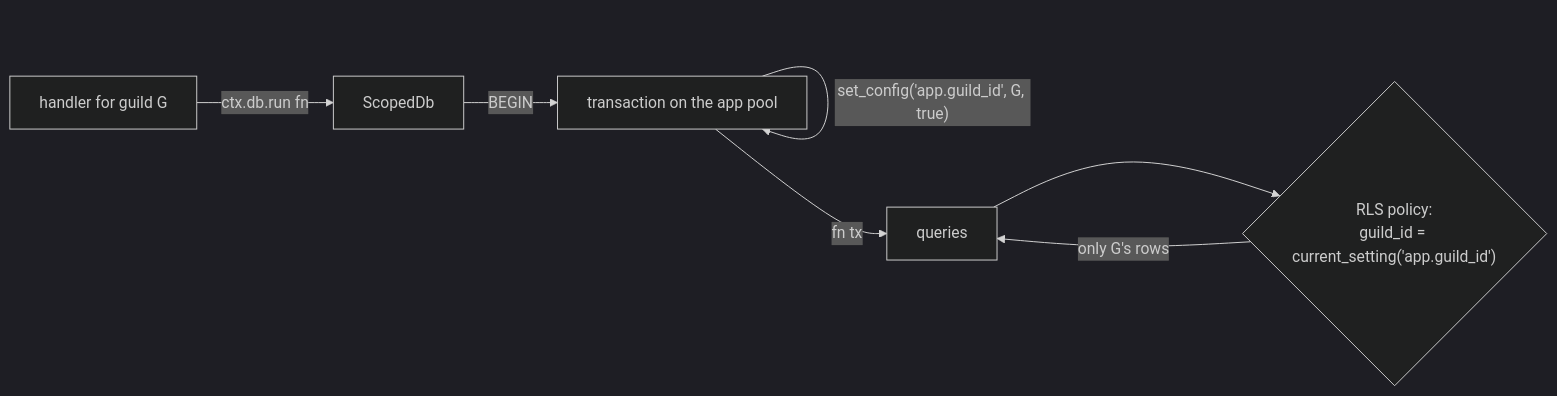
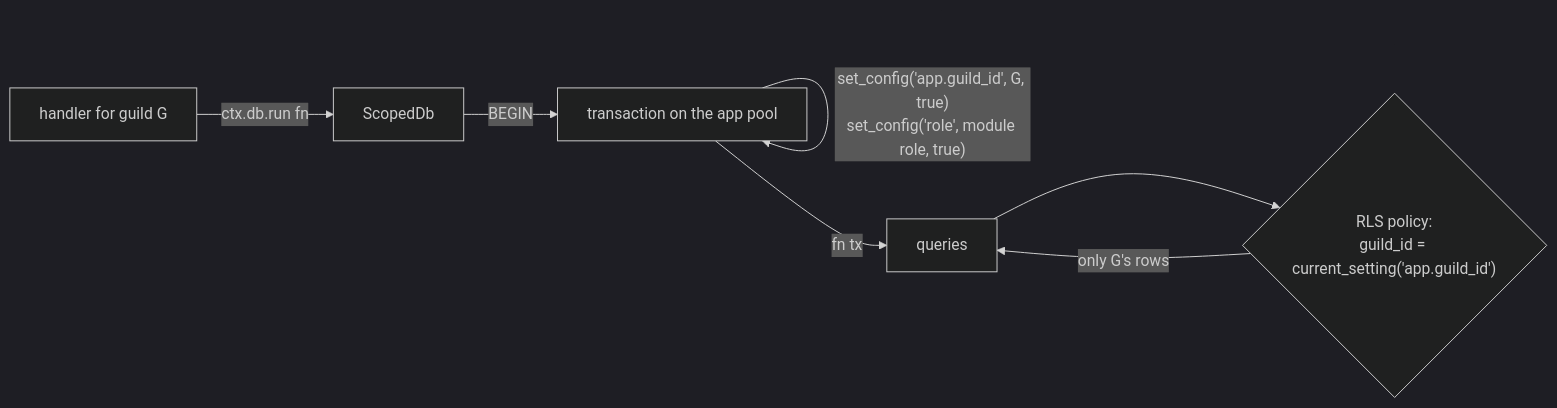
One commit to DD-Discord/bronto changed the second of 4 diagrams in docs/developer-guide.md. Above: the diagram before and after it, drawn with Mermaid (dark theme). The commit also changed other lines of this file and 28 other files, not shown here.

First line of the commit message:
Run each module's database work as its own Postgres role

````diff
--- a/docs/developer-guide.md
+++ b/docs/developer-guide.md
@@ -917,9 +933,9 @@
 ```mermaid
 flowchart LR
     H[handler for guild G] -->|ctx.db.run fn| S[ScopedDb]
     S -->|BEGIN| T[transaction on the app pool]
-    T -->|"set_config('app.guild_id', G, true)"| T
+    T -->|"set_config('app.guild_id', G, true)<br/>set_config('role', module role, true)"| T
     T -->|fn tx| Q[queries]
     Q --> P{"RLS policy:<br/>guild_id = current_setting('app.guild_id')"}
     P -->|only G's rows| Q
 ```
````
